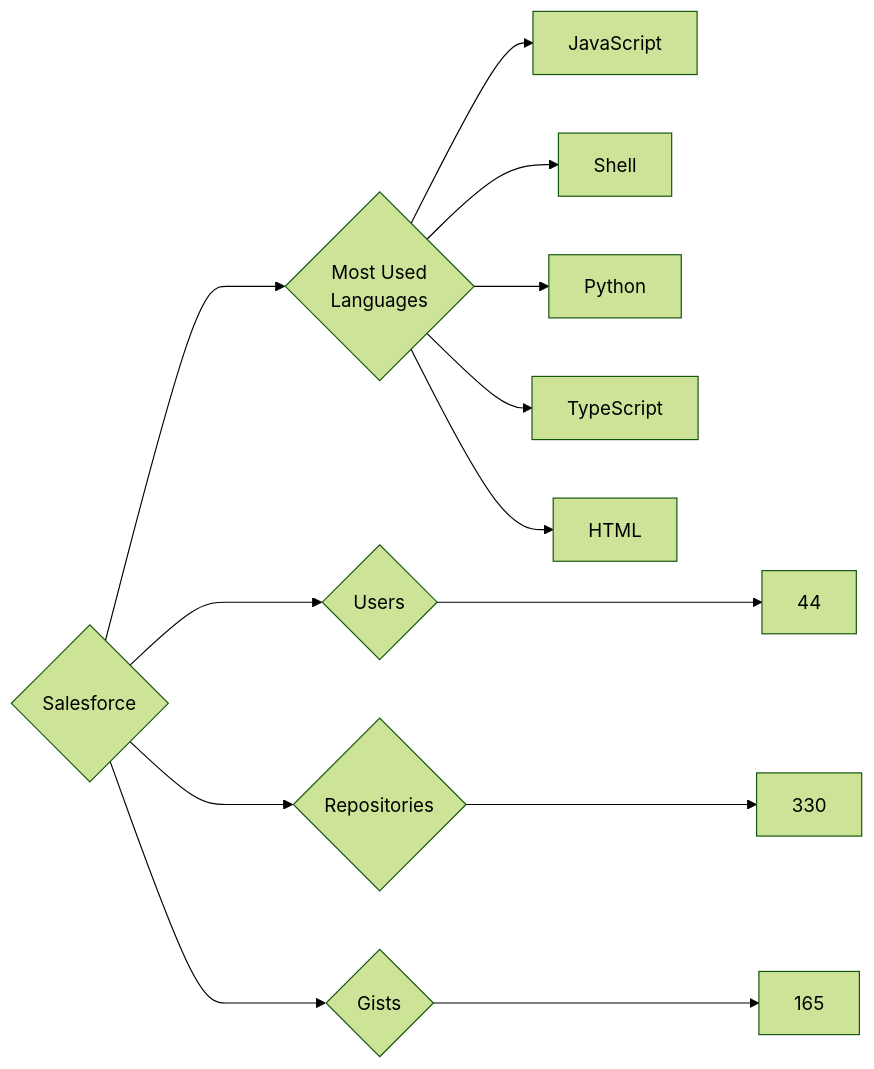
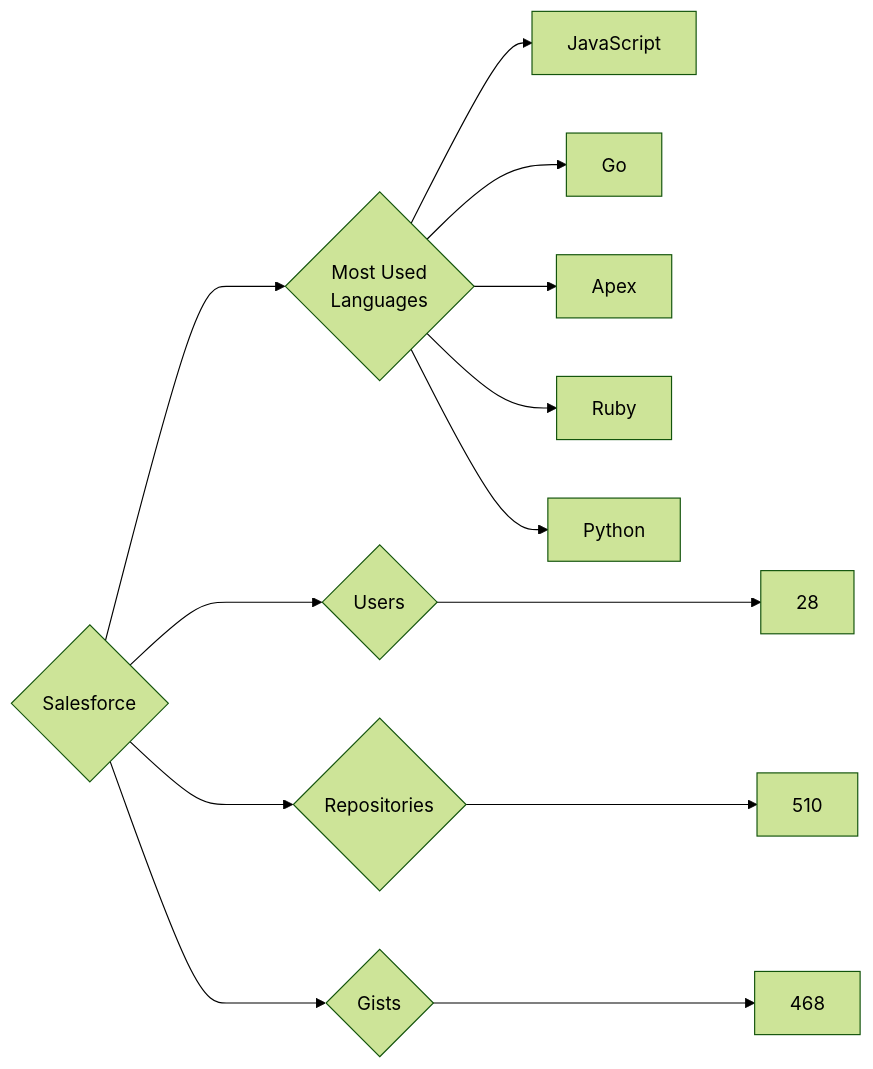
Before and after one commit to trickest/insiders: the diagram in targets/Salesforce/README.md, drawn with Mermaid (forest theme). The commit also changed 796 other files, not shown here.

````diff
--- a/targets/Salesforce/README.md
+++ b/targets/Salesforce/README.md
@@ -3,13 +3,13 @@
 ```mermaid
 graph LR
 COMPANY_NAME{Salesforce}
-COMPANY_NAME ---> U{Users} ---> UN[44]
-COMPANY_NAME ---> R{Repositories} ---> RN[330]
-COMPANY_NAME ---> G{Gists} ---> GN[165]
+COMPANY_NAME ---> U{Users} ---> UN[28]
+COMPANY_NAME ---> R{Repositories} ---> RN[510]
+COMPANY_NAME ---> G{Gists} ---> GN[468]
 COMPANY_NAME ---> ML{Most Used<br>Languages}
 ML --> JavaScript[JavaScript]
-ML --> Shell[Shell]
+ML --> Go[Go]
+ML --> Apex[Apex]
+ML --> Ruby[Ruby]
 ML --> Python[Python]
-ML --> TypeScript[TypeScript]
-ML --> HTML[HTML]
 ```
````
